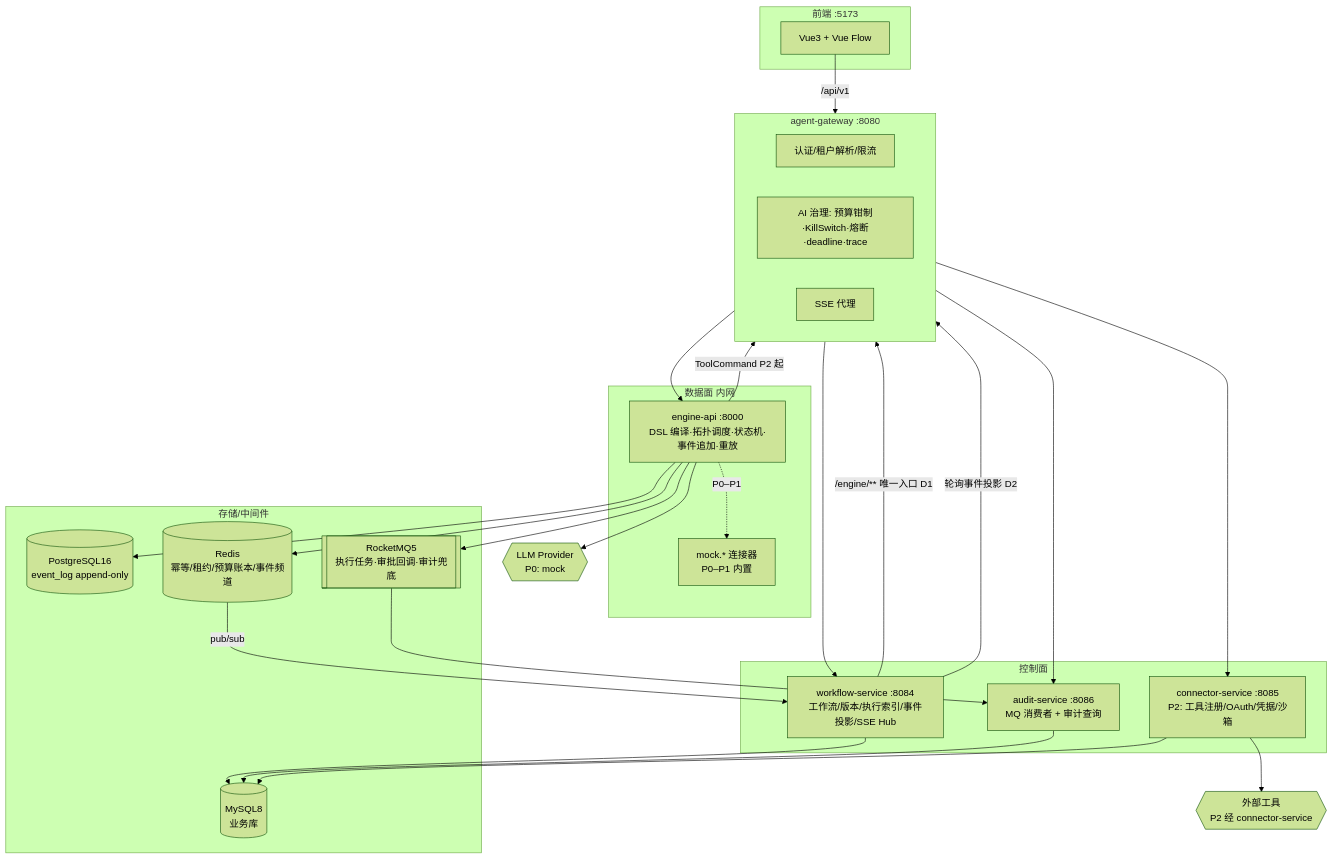
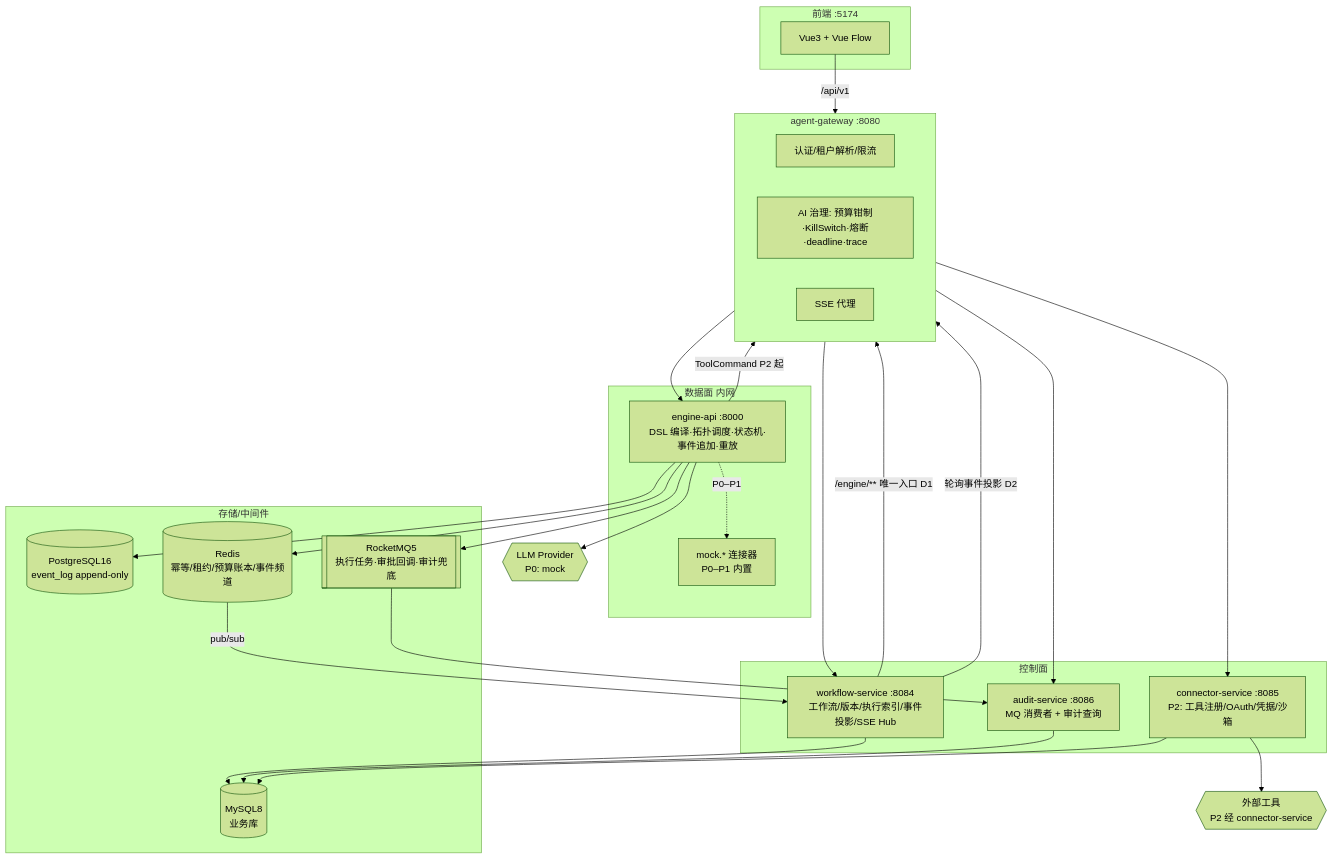
Before and after one commit to ybw0405-study/AgentFlow: the first of 3 diagrams in docs/architecture.md, drawn with Mermaid (forest theme). The commit also changed other lines of this file and 6 other files, not shown here.

````diff
--- a/docs/architecture.md
+++ b/docs/architecture.md
@@ -28,53 +28,53 @@
 ```mermaid
 flowchart TB
-    subgraph FE[前端 :5173]
+    subgraph FE[前端 :5174]
         VUE[Vue3 + Vue Flow]
     end
 
     subgraph GW[agent-gateway :8080]
         SEC[认证/租户解析/限流]
         GOV[AI 治理: 预算钳制·KillSwitch·熔断·deadline·trace]
         SSEP[SSE 代理]
     end
 
     subgraph CP[控制面]
         WF[workflow-service :8084<br/>工作流/版本/执行索引/事件投影/SSE Hub]
         CONN[connector-service :8085<br/>P2: 工具注册/OAuth/凭据/沙箱]
         AUD[audit-service :8086<br/>MQ 消费者 + 审计查询]
     end
 
     subgraph DP[数据面 内网]
         ENG[engine-api :8000<br/>DSL 编译·拓扑调度·状态机·事件追加·重放]
         MOCK[mock.* 连接器<br/>P0–P1 内置]
     end
 
     subgraph STORE[存储/中间件]
         MYSQL[(MySQL8<br/>业务库)]
         PG[(PostgreSQL16<br/>event_log append-only)]
         REDIS[(Redis<br/>幂等/租约/预算账本/事件频道)]
         MQ[[RocketMQ5<br/>执行任务·审批回调·审计兜底]]
     end
 
     LLM{{LLM Provider<br/>P0: mock}}
     TOOL{{外部工具<br/>P2 经 connector-service}}
 
     VUE -->|/api/v1| GW
     GW --> WF
     GW --> CONN
     GW --> AUD
     WF -->|/engine/** 唯一入口 D1| GW
     GW --> ENG
     ENG -->|ToolCommand P2 起| GW
     ENG --> PG
     ENG --> REDIS
     ENG --> MQ
     ENG --> LLM
     ENG -.->|P0–P1| MOCK
     WF --> MYSQL
     AUD --> MYSQL
     CONN --> MYSQL
     WF -->|轮询事件投影 D2| GW
     REDIS -->|pub/sub| WF
     MQ --> AUD
     CONN --> TOOL
 ```
````
